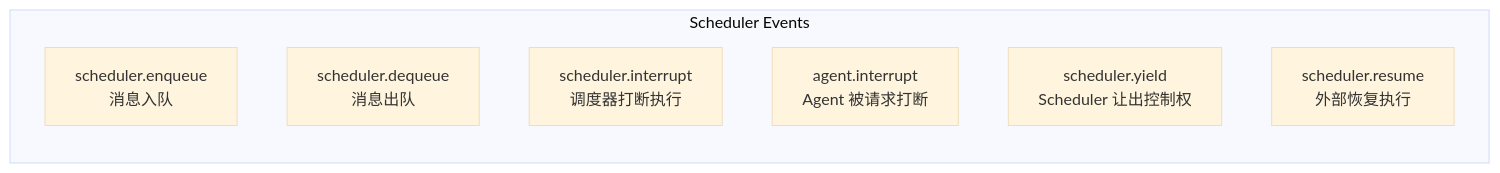
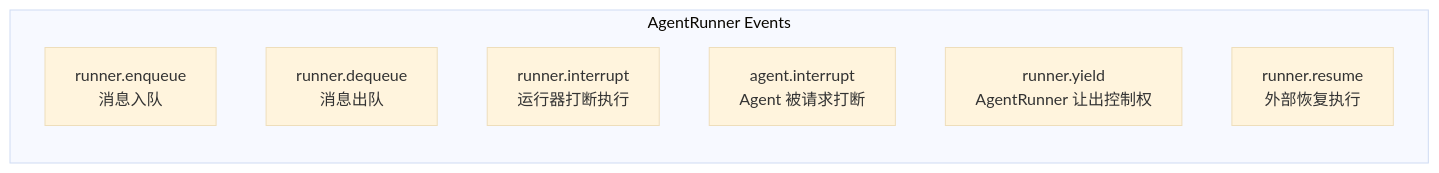
The fourth of 6 diagrams in docs/event_system.md (whywwhhyy/hawi), drawn with Mermaid (base theme) before and after one commit. The commit also changed other lines of this file and 37 other files, not shown here.

First line of the commit message:
Rename scheduler to runner

````diff
--- a/docs/event_system.md
+++ b/docs/event_system.md
@@ -160,11 +160,11 @@
 ```mermaid
 graph LR
-    subgraph SchedulerEvents["Scheduler Events"]
-        ENQ["scheduler.enqueue<br/>消息入队"]
-        DEQ["scheduler.dequeue<br/>消息出队"]
-        INT["scheduler.interrupt<br/>调度器打断执行"]
+    subgraph AgentRunnerEvents["AgentRunner Events"]
+        ENQ["runner.enqueue<br/>消息入队"]
+        DEQ["runner.dequeue<br/>消息出队"]
+        INT["runner.interrupt<br/>运行器打断执行"]
         AINT["agent.interrupt<br/>Agent 被请求打断"]
-        YLD["scheduler.yield<br/>Scheduler 让出控制权"]
-        RSM["scheduler.resume<br/>外部恢复执行"]
+        YLD["runner.yield<br/>AgentRunner 让出控制权"]
+        RSM["runner.resume<br/>外部恢复执行"]
     end
 ```
````
